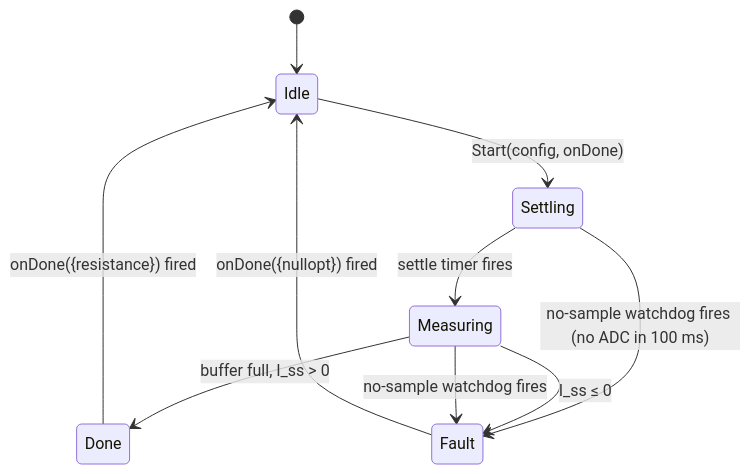
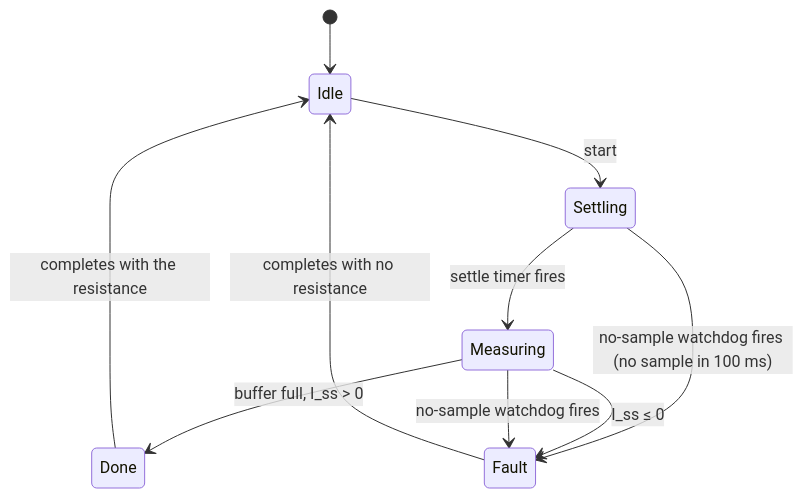
The second of 5 diagrams in documentation/design/service-electrical-ident.md (embedded-pro/e-foc), drawn with Mermaid before and after one commit. The commit also changed other lines of this file and 37 other files, not shown here.

````diff
--- a/documentation/design/service-electrical-ident.md
+++ b/documentation/design/service-electrical-ident.md
@@ -147,12 +157,12 @@
 ```mermaid
 stateDiagram-v2
     [*] --> Idle
-    Idle --> Settling : Start(config, onDone)
+    Idle --> Settling : start
     Settling --> Measuring : settle timer fires
-    Settling --> Fault : no-sample watchdog fires (no ADC in 100 ms)
+    Settling --> Fault : no-sample watchdog fires (no sample in 100 ms)
     Measuring --> Done : buffer full, I_ss > 0
     Measuring --> Fault : I_ss ≤ 0
     Measuring --> Fault : no-sample watchdog fires
-    Done --> Idle : onDone({resistance}) fired
-    Fault --> Idle : onDone({nullopt}) fired
+    Done --> Idle : completes with the resistance
+    Fault --> Idle : completes with no resistance
 ```
````
